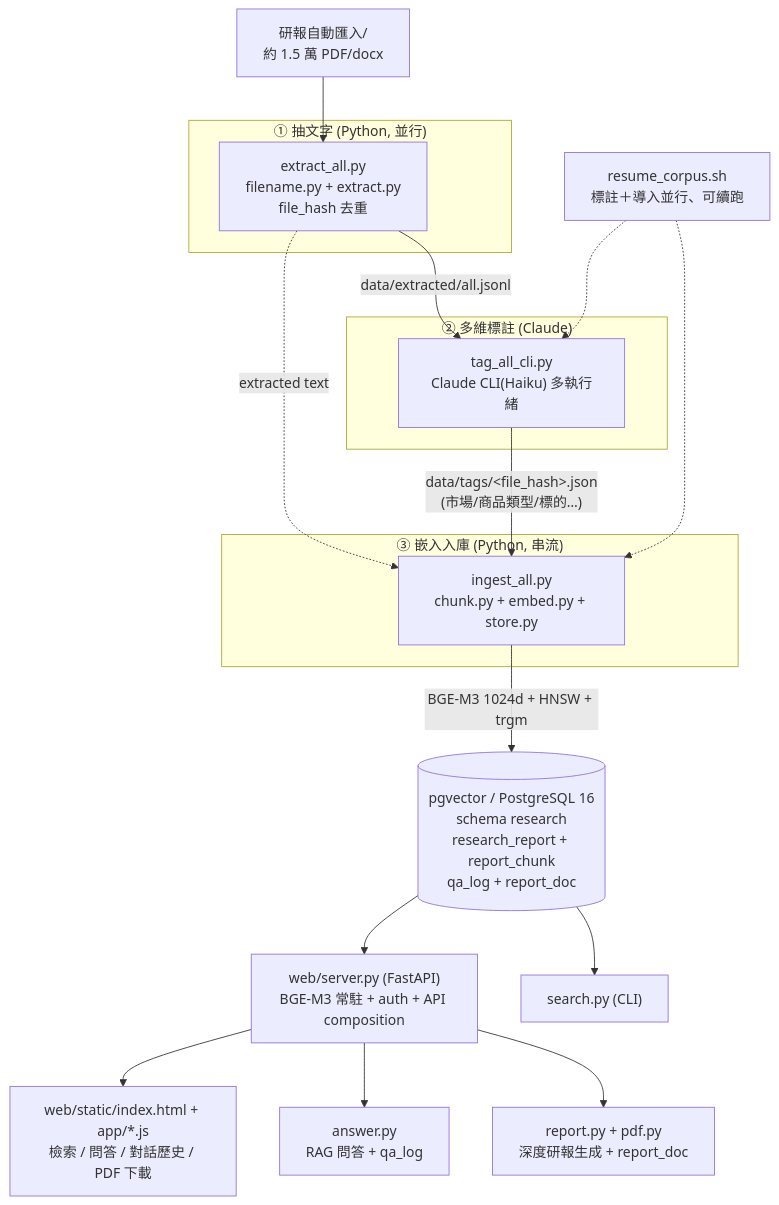
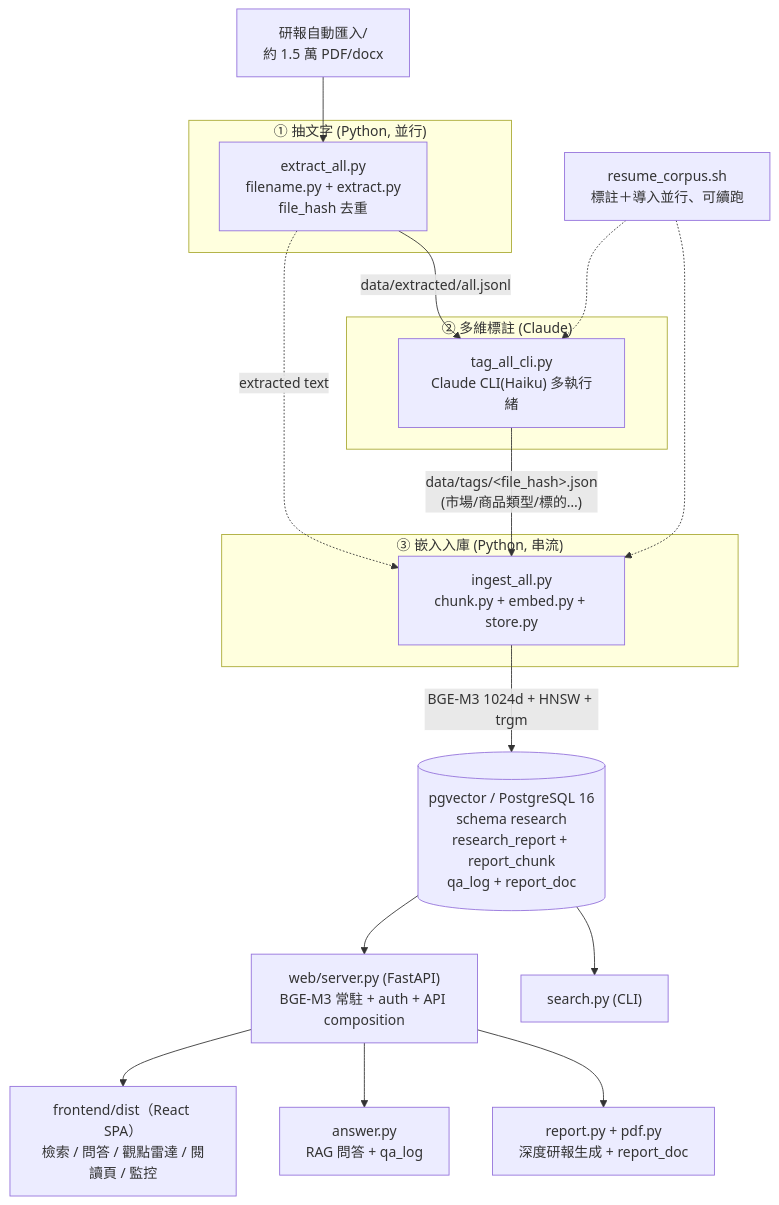
Before and after one commit to FPI-TW/report-research: the diagram in docs/WORKFLOW.md, drawn with Mermaid. The commit also changed other lines of this file and 4 other files, not shown here.

````diff
--- a/docs/WORKFLOW.md
+++ b/docs/WORKFLOW.md
@@ -13,31 +13,31 @@
 ```mermaid
 flowchart TD
     SRC["研報自動匯入/<br/>約 1.5 萬 PDF/docx"]
 
     subgraph PY1["① 抽文字 (Python, 並行)"]
       EX["extract_all.py<br/>filename.py + extract.py<br/>file_hash 去重"]
     end
     subgraph CL["② 多維標註 (Claude)"]
       TG["tag_all_cli.py<br/>Claude CLI(Haiku) 多執行緒"]
     end
     subgraph PY3["③ 嵌入入庫 (Python, 串流)"]
       IN["ingest_all.py<br/>chunk.py + embed.py + store.py"]
     end
 
     DB[("pgvector / PostgreSQL 16<br/>schema research<br/>research_report + report_chunk<br/>qa_log + report_doc")]
 
     SRC --> EX
     EX -->|"data/extracted/all.jsonl"| TG
     EX -.->|"extracted text"| IN
     TG -->|"data/tags/&lt;file_hash&gt;.json<br/>(市場/商品類型/標的…)"| IN
     IN -->|"BGE-M3 1024d + HNSW + trgm"| DB
 
     ORC["resume_corpus.sh<br/>標註＋導入並行、可續跑"] -.-> TG
     ORC -.-> IN
 
     DB --> WEB["web/server.py (FastAPI)<br/>BGE-M3 常駐 + auth + API composition"]
     DB --> CLI["search.py (CLI)"]
-    WEB --> UI["web/static/index.html + app/*.js<br/>檢索 / 問答 / 對話歷史 / PDF 下載"]
+    WEB --> UI["frontend/dist（React SPA）<br/>檢索 / 問答 / 觀點雷達 / 閱讀頁 / 監控"]
     WEB --> QA["answer.py<br/>RAG 問答 + qa_log"]
     WEB --> RP["report.py + pdf.py<br/>深度研報生成 + report_doc"]
 ```
````
